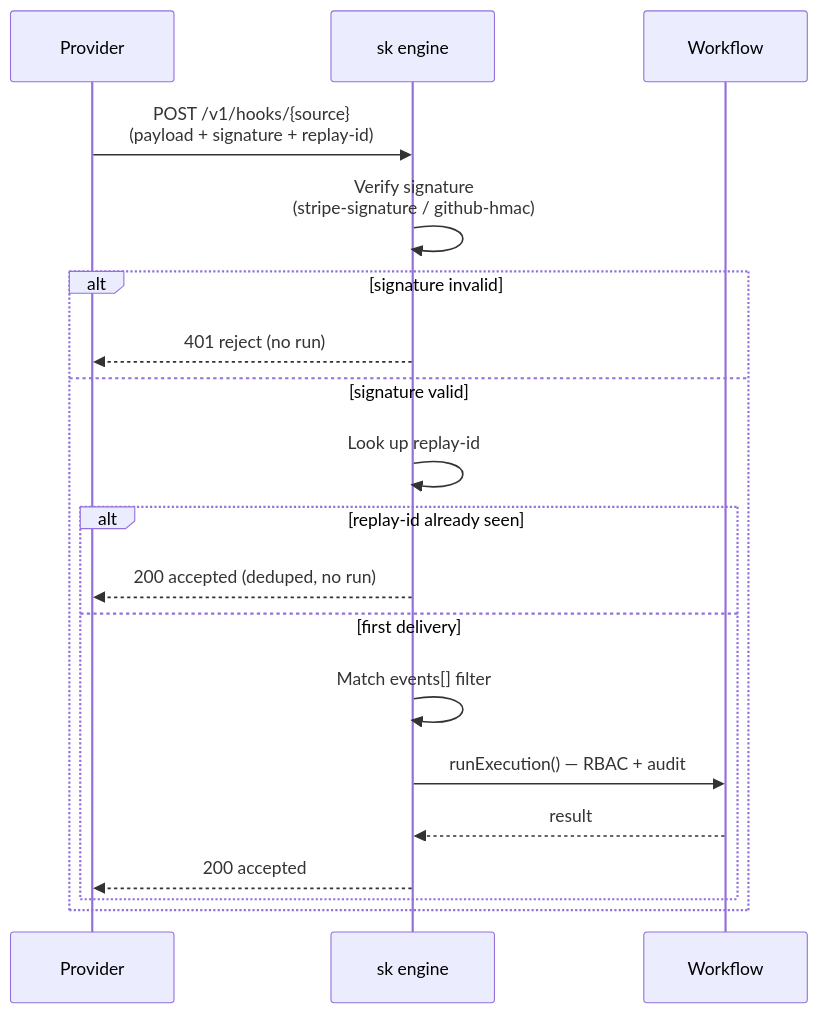
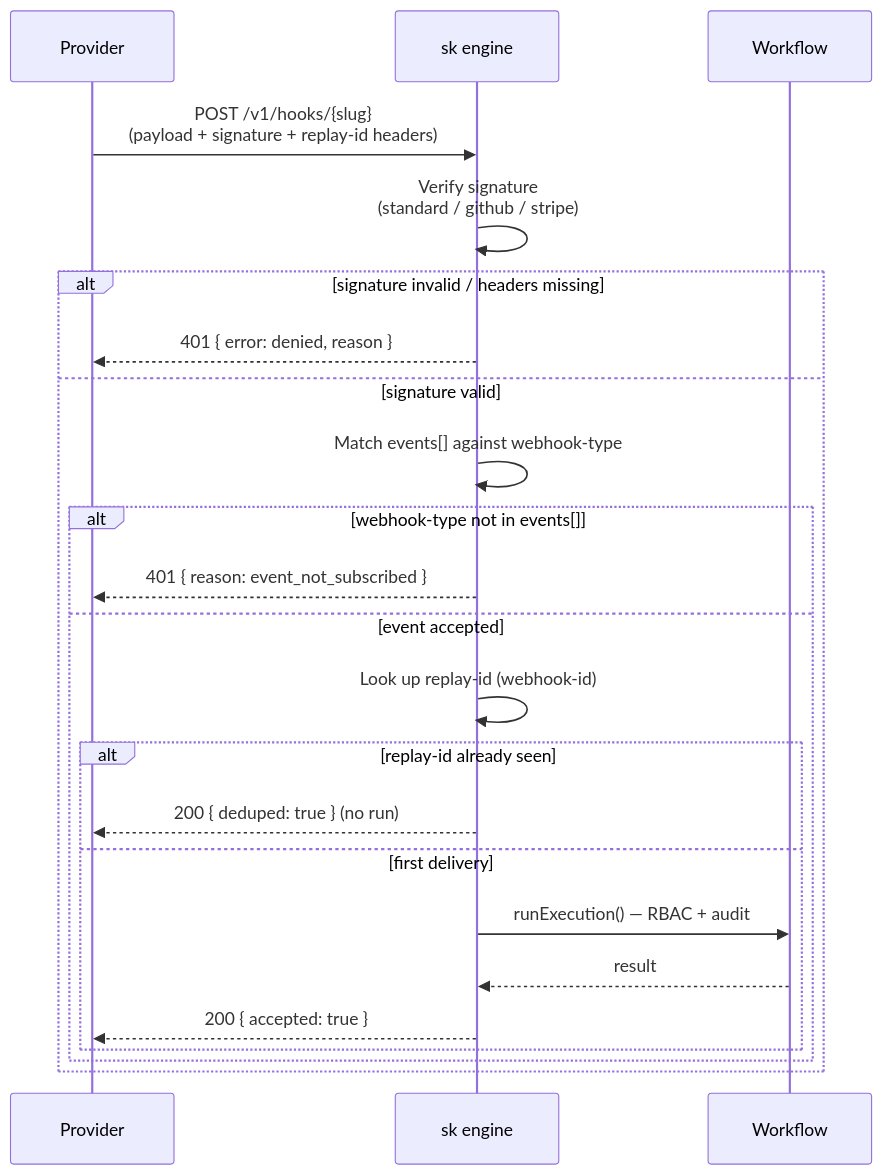
The second of 3 diagrams in docs/operators/scheduling-and-hooks.md (MikeBild/subkit), drawn with Mermaid before and after one commit. The commit also changed other lines of this file and 15 other files, not shown here.

````diff
--- a/docs/operators/scheduling-and-hooks.md
+++ b/docs/operators/scheduling-and-hooks.md
@@ -61,21 +82,25 @@
 ```mermaid
 sequenceDiagram
     participant P as Provider
     participant E as sk engine
     participant W as Workflow
-    P->>E: POST /v1/hooks/{source}<br/>(payload + signature + replay-id)
-    E->>E: Verify signature<br/>(stripe-signature / github-hmac)
-    alt signature invalid
-        E-->>P: 401 reject (no run)
+    P->>E: POST /v1/hooks/{slug}<br/>(payload + signature + replay-id headers)
+    E->>E: Verify signature<br/>(standard / github / stripe)
+    alt signature invalid / headers missing
+        E-->>P: 401 { error: denied, reason }
     else signature valid
-        E->>E: Look up replay-id
-        alt replay-id already seen
-            E-->>P: 200 accepted (deduped, no run)
-        else first delivery
-            E->>E: Match events[] filter
-            E->>W: runExecution() — RBAC + audit
-            W-->>E: result
-            E-->>P: 200 accepted
+        E->>E: Match events[] against webhook-type
+        alt webhook-type not in events[]
+            E-->>P: 401 { reason: event_not_subscribed }
+        else event accepted
+            E->>E: Look up replay-id (webhook-id)
+            alt replay-id already seen
+                E-->>P: 200 { deduped: true } (no run)
+            else first delivery
+                E->>W: runExecution() — RBAC + audit
+                W-->>E: result
+                E-->>P: 200 { accepted: true }
+            end
         end
     end
 ```
````
